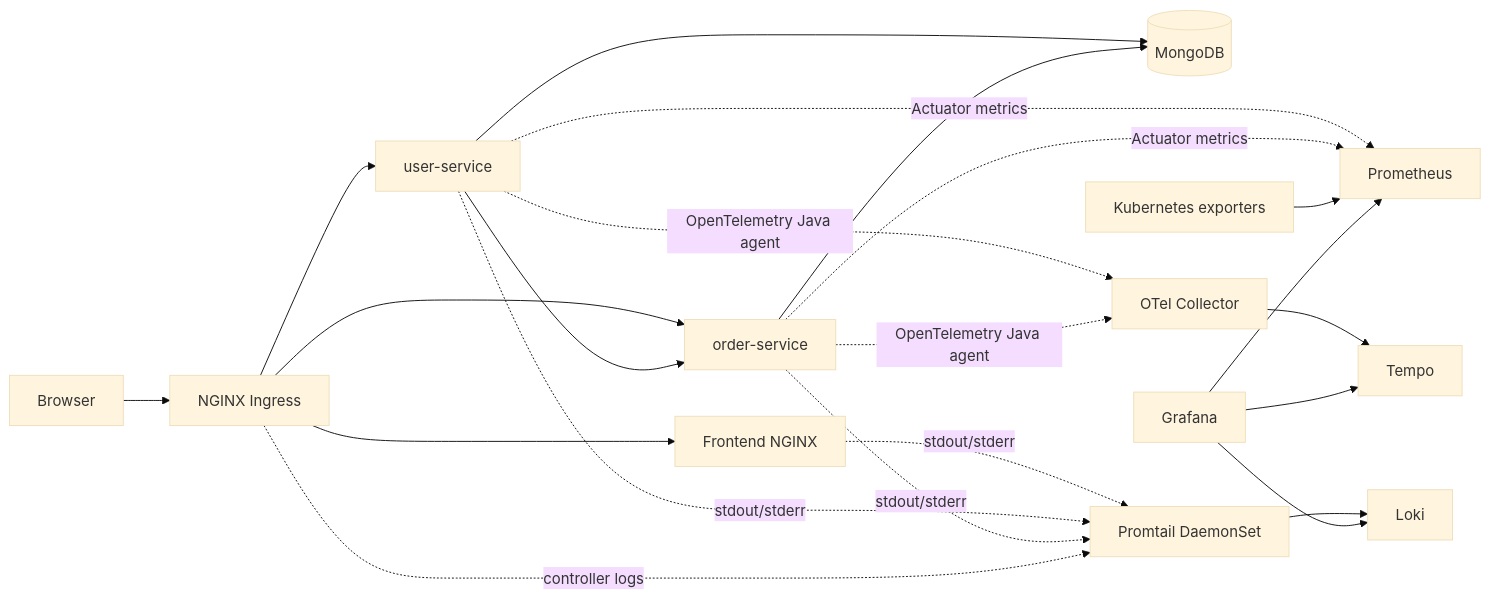
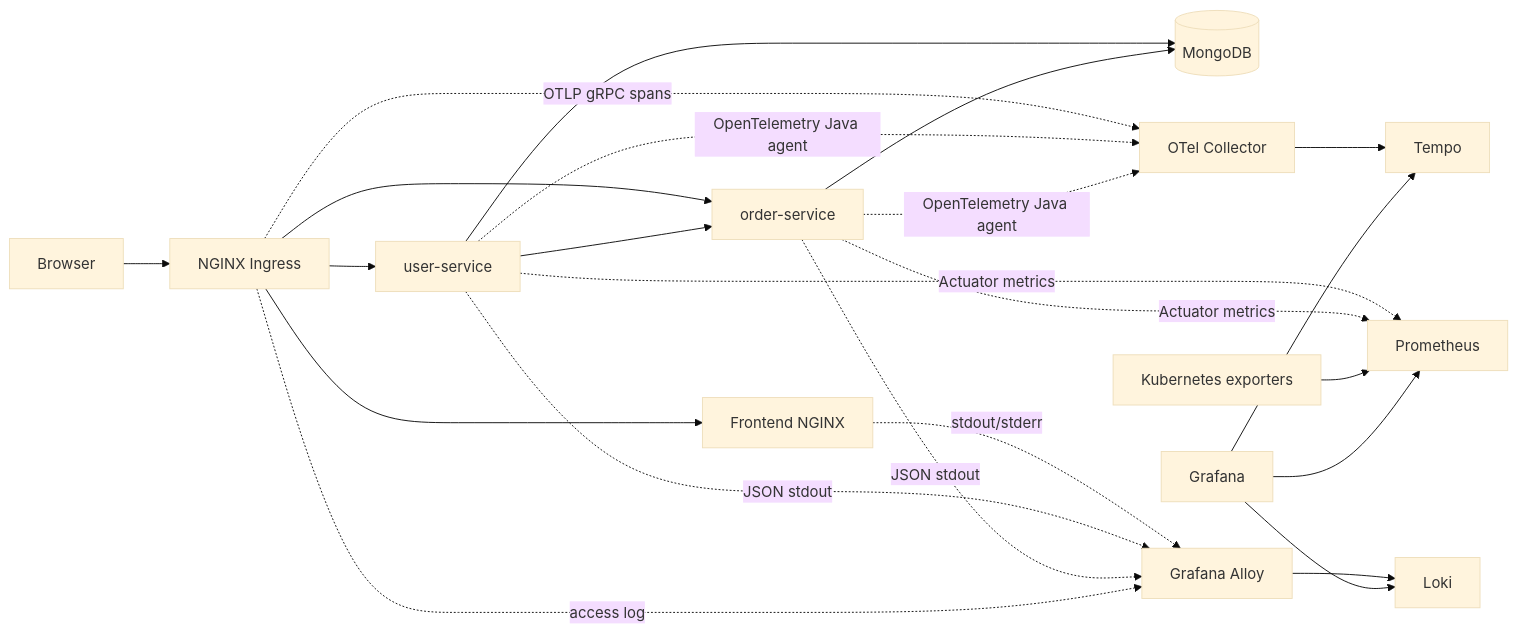
Before and after one commit to kumarisback/gitops: the diagram in LOCAL-LAB-GUIDE.md, drawn with Mermaid (base theme). The commit also changed other lines of this file, not shown here.

````diff
--- a/LOCAL-LAB-GUIDE.md
+++ b/LOCAL-LAB-GUIDE.md
@@ -194,27 +211,28 @@
 ```mermaid
 flowchart LR
   B[Browser] --> I[NGINX Ingress]
   I --> F[Frontend NGINX]
   I --> U[user-service]
   I --> O[order-service]
   U --> O
   U --> M[(MongoDB)]
   O --> M
 
-  F -. stdout/stderr .-> P[Promtail DaemonSet]
-  U -. stdout/stderr .-> P
-  O -. stdout/stderr .-> P
-  I -. controller logs .-> P
+  F -. stdout/stderr .-> P[Grafana Alloy]
+  U -. JSON stdout .-> P
+  O -. JSON stdout .-> P
+  I -. access log .-> P
   P --> L[Loki]
   G[Grafana] --> L
 
-  U -. OpenTelemetry Java agent .-> C[OTel Collector]
+  I -. OTLP gRPC spans .-> C[OTel Collector]
+  U -. OpenTelemetry Java agent .-> C
   O -. OpenTelemetry Java agent .-> C
   C --> T[Tempo]
   G --> T
 
   U -. Actuator metrics .-> R[Prometheus]
   O -. Actuator metrics .-> R
   K[Kubernetes exporters] --> R
   G --> R
 ```
````
